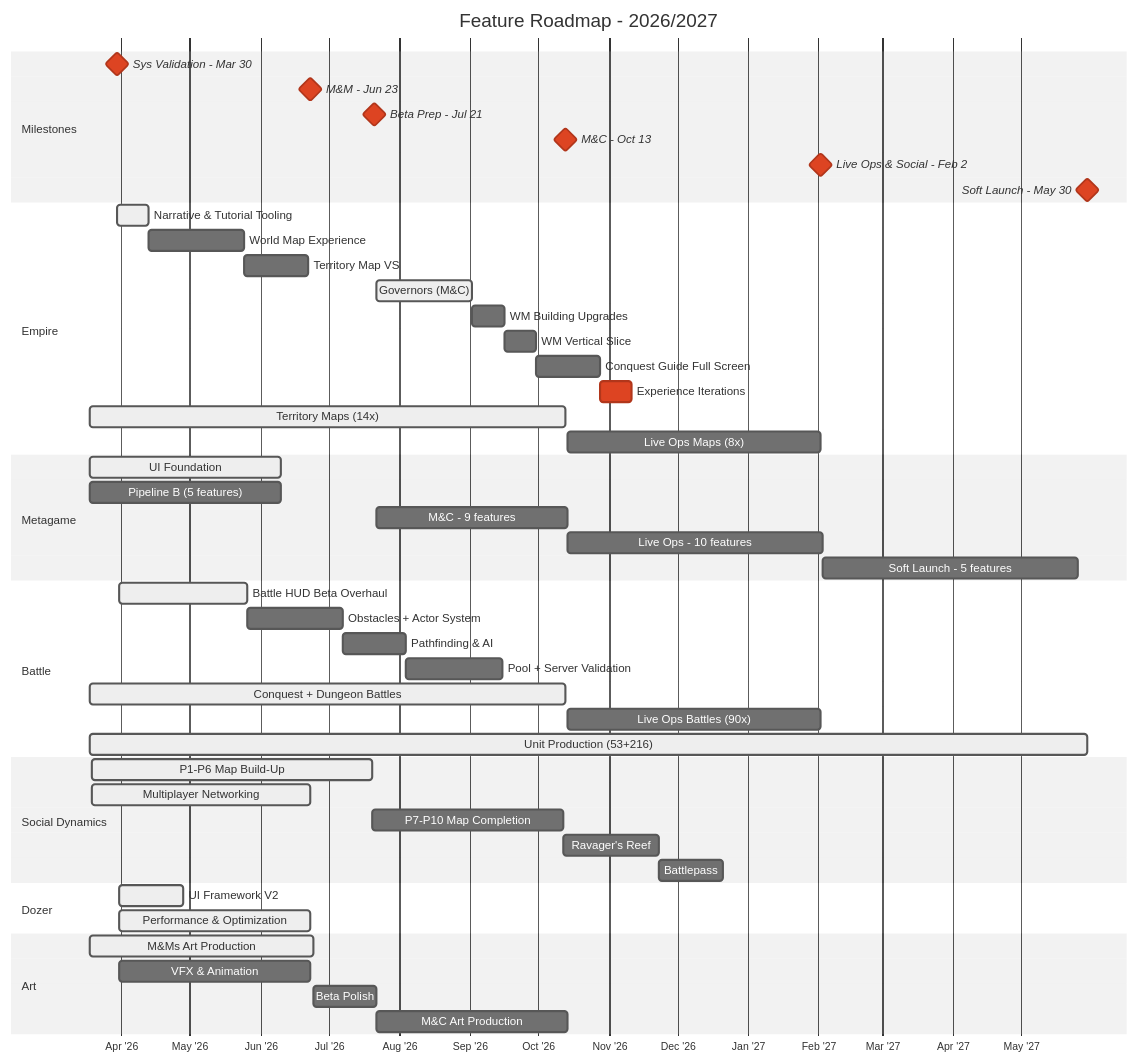
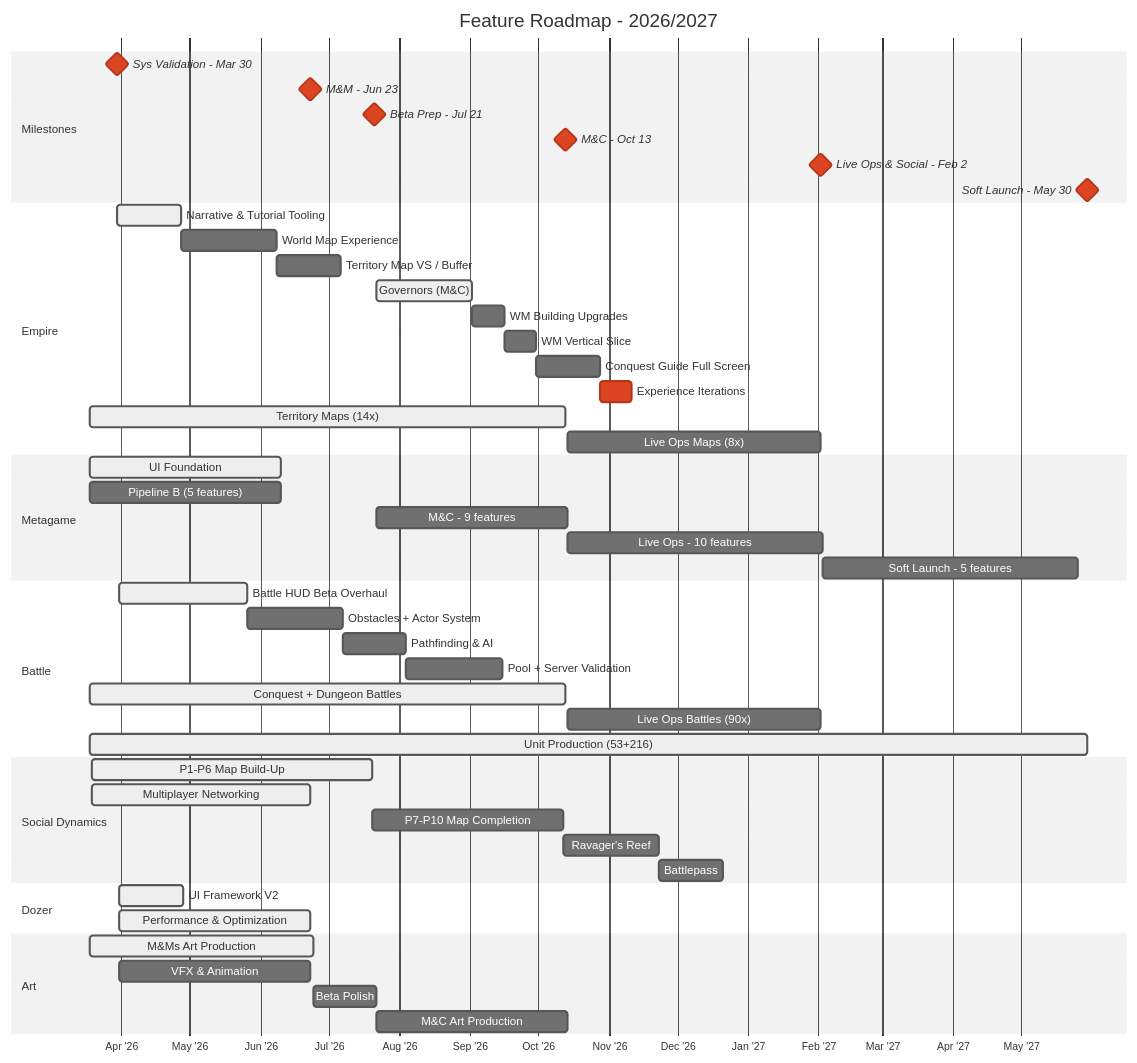
Before and after one commit to timwilliams-prod/proj-chimera-documentation-brain: the diagram in generated/roadmap.md, drawn with Mermaid (neutral theme). The commit also changed other lines of this file and 6 other files, not shown here.

````diff
--- a/generated/roadmap.md
+++ b/generated/roadmap.md
@@ -16,60 +16,60 @@
 ```mermaid
 gantt
     title Feature Roadmap - 2026/2027
     dateFormat YYYY-MM-DD
     axisFormat %b '%y
     tickInterval 1month
 
     section Milestones
     Sys Validation - Mar 30   :crit, milestone, 2026-03-30, 0d
     M&M - Jun 23              :crit, milestone, 2026-06-23, 0d
     Beta Prep - Jul 21        :crit, milestone, 2026-07-21, 0d
     M&C - Oct 13              :crit, milestone, 2026-10-13, 0d
     Live Ops & Social - Feb 2 :crit, milestone, 2027-02-02, 0d
     Soft Launch - May 30      :crit, milestone, 2027-05-30, 0d
 
     section Empire
-    Narrative & Tutorial Tooling :active,  emp1, 2026-03-30, 14d
+    Narrative & Tutorial Tooling :active,  emp1, 2026-03-30, 28d
     World Map Experience       :         emp2, after emp1, 42d
-    Territory Map VS           :         emp3, after emp2, 28d
+    Territory Map VS / Buffer  :         emp3, after emp2, 28d
     Governors (M&C)            :active,  emp4, 2026-07-22, 42d
     WM Building Upgrades       :         emp5, after emp4, 14d
     WM Vertical Slice          :         emp6, after emp5, 14d
     Conquest Guide Full Screen :         emp7, after emp6, 28d
     Experience Iterations      :crit,    emp8, after emp7, 14d
     Territory Maps (14x)       :active,  emp_tm, 2026-03-18, 2026-10-13
     Live Ops Maps (8x)         :         emp_lm, 2026-10-14, 2027-02-02
 
     section Metagame
     UI Foundation              :active, meta_a, 2026-03-18, 84d
     Pipeline B (5 features)    :        meta_b, 2026-03-18, 84d
     M&C - 9 features           :        meta_mc, 2026-07-22, 84d
     Live Ops - 10 features     :        meta_lo, 2026-10-14, 112d
     Soft Launch - 5 features   :        meta_sl, 2027-02-03, 112d
 
     section Battle
     Battle HUD Beta Overhaul   :active,  bat1, 2026-03-31, 56d
     Obstacles + Actor System   :         bat2, after bat1, 42d
     Pathfinding & AI           :         bat4, after bat2, 28d
     Pool + Server Validation   :         bat5, after bat4, 42d
     Conquest + Dungeon Battles :active,  bat_cb, 2026-03-18, 2026-10-13
     Live Ops Battles (90x)     :         bat_lb, 2026-10-14, 2027-02-02
     Unit Production (53+216)   :active,  bat_units, 2026-03-18, 2027-05-30
 
     section Social Dynamics
     P1-P6 Map Build-Up         :active,  soc1, 2026-03-19, 2026-07-20
     Multiplayer Networking     :active,  soc_net, 2026-03-19, 2026-06-23
     P7-P10 Map Completion      :         soc2, after soc1, 84d
     Ravager's Reef             :         soc_rr, after soc2, 42d
     Battlepass                 :         soc_bp, after soc_rr, 28d
 
     section Dozer
     UI Framework V2            :active,  doz1, 2026-03-31, 28d
     Performance & Optimization :active,  doz2, 2026-03-31, 84d
 
     section Art
     M&Ms Art Production        :active,  art1, 2026-03-18, 98d
     VFX & Animation            :         art4, 2026-03-31, 84d
     Beta Polish                :         art_bp, 2026-06-24, 28d
     M&C Art Production         :         art5, 2026-07-22, 84d
 ```
````
